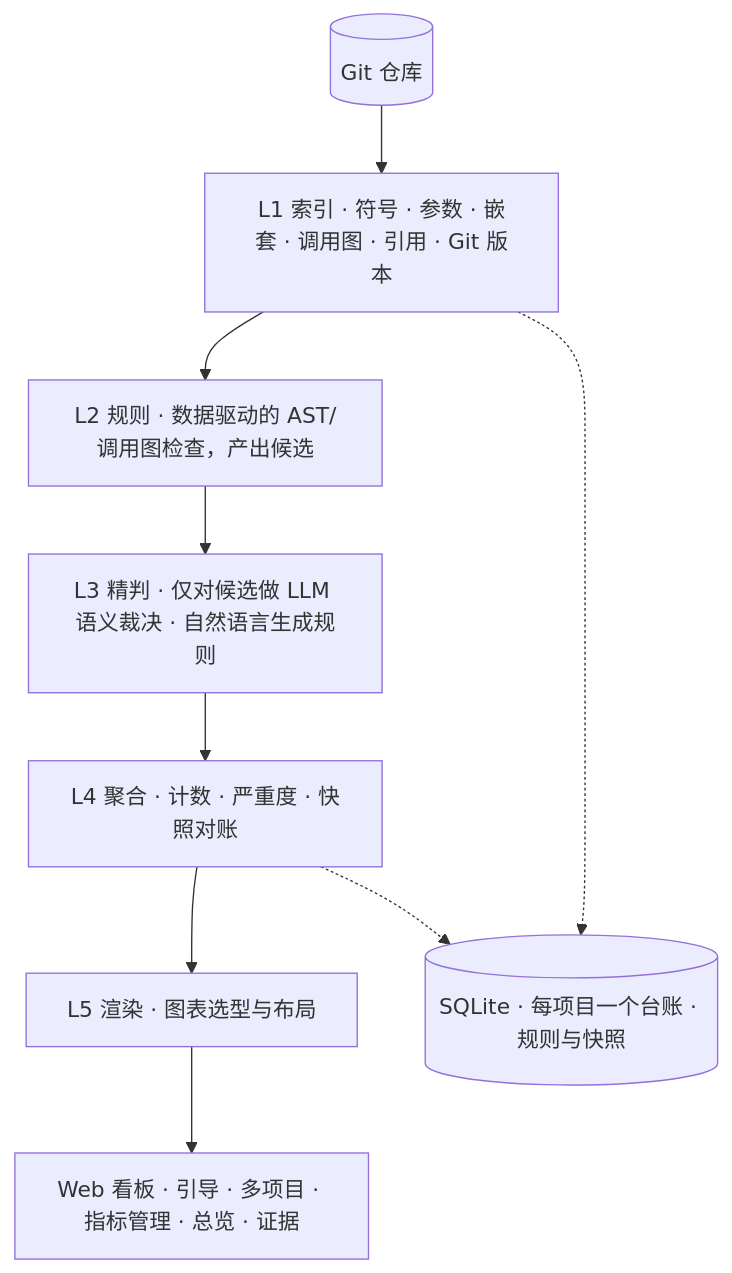
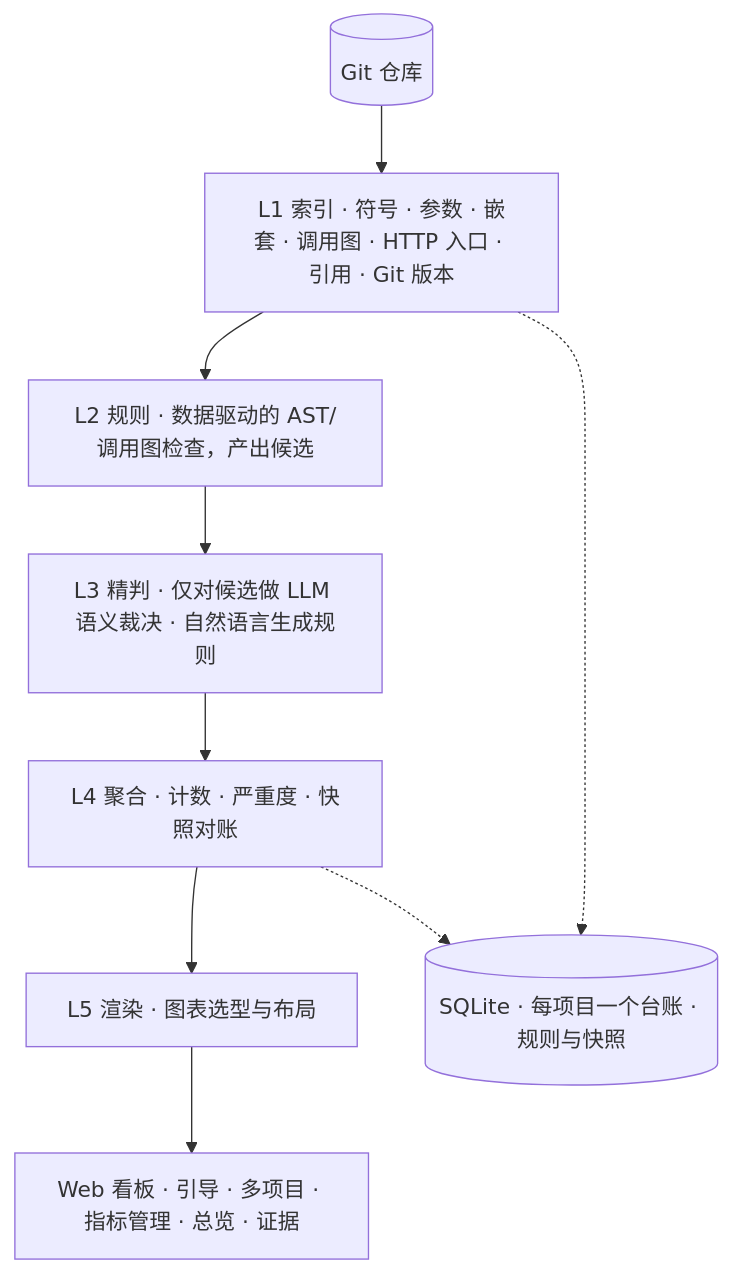
Before and after one commit to taoyongpan/Debtscope: the diagram in README.md, drawn with Mermaid. The commit also changed other lines of this file and 23 other files, not shown here.

````diff
--- a/README.md
+++ b/README.md
@@ -81,14 +95,14 @@
 ```mermaid
 flowchart TB
     UI["Web 看板 · 引导 · 多项目 · 指标管理 · 总览 · 证据"]
     L5["L5 渲染 · 图表选型与布局"]
     L4["L4 聚合 · 计数 · 严重度 · 快照对账"]
     L3["L3 精判 · 仅对候选做 LLM 语义裁决 · 自然语言生成规则"]
     L2["L2 规则 · 数据驱动的 AST/调用图检查，产出候选"]
-    L1["L1 索引 · 符号 · 参数 · 嵌套 · 调用图 · 引用 · Git 版本"]
+    L1["L1 索引 · 符号 · 参数 · 嵌套 · 调用图 · HTTP 入口 · 引用 · Git 版本"]
     REPO[("Git 仓库")]
     REPO --> L1 --> L2 --> L3 --> L4 --> L5 --> UI
     DB[("SQLite · 每项目一个台账 · 规则与快照")]
     L1 -.-> DB
     L4 -.-> DB
 ```
````
